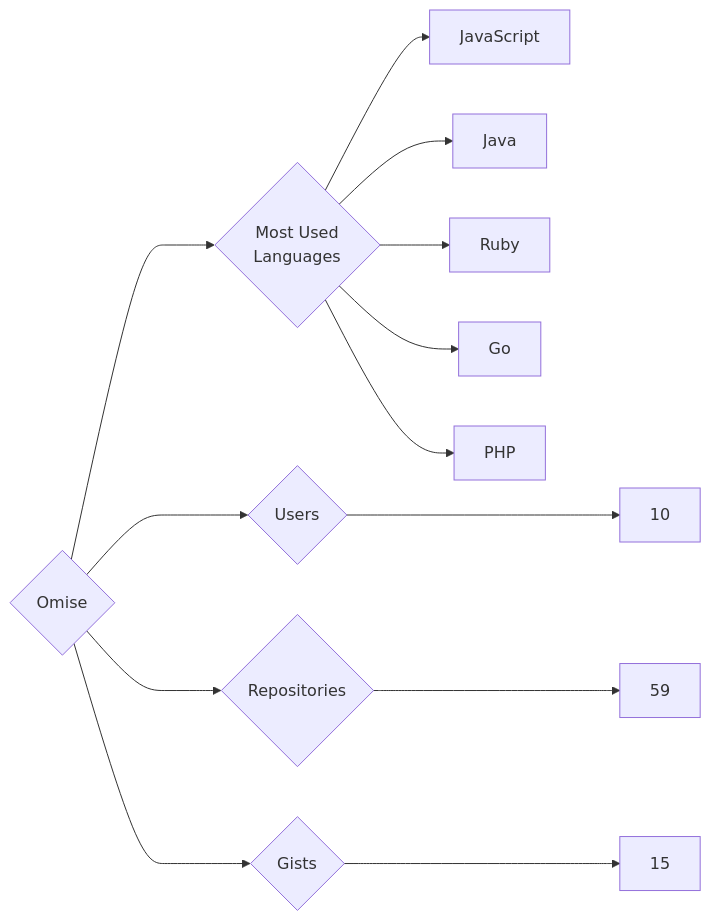
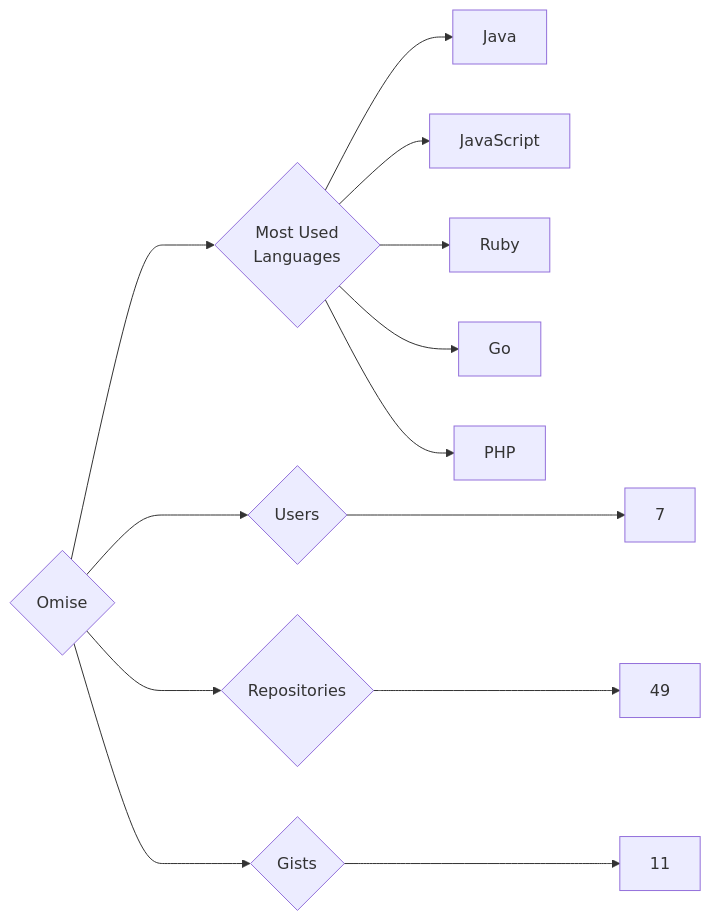
Before and after one commit to trickest/insiders: the diagram in targets/Omise/README.md, drawn with Mermaid. The commit also changed 965 other files, not shown here.

````diff
--- a/targets/Omise/README.md
+++ b/targets/Omise/README.md
@@ -3,13 +3,13 @@
 ```mermaid
 graph LR
 COMPANY_NAME{Omise}
-COMPANY_NAME ---> U{Users} ---> UN[10]
-COMPANY_NAME ---> R{Repositories} ---> RN[59]
-COMPANY_NAME ---> G{Gists} ---> GN[15]
+COMPANY_NAME ---> U{Users} ---> UN[7]
+COMPANY_NAME ---> R{Repositories} ---> RN[49]
+COMPANY_NAME ---> G{Gists} ---> GN[11]
 COMPANY_NAME ---> ML{Most Used<br>Languages}
+ML --> Java[Java]
 ML --> JavaScript[JavaScript]
-ML --> Java[Java]
 ML --> Ruby[Ruby]
 ML --> Go[Go]
 ML --> PHP[PHP]
 ```
````
